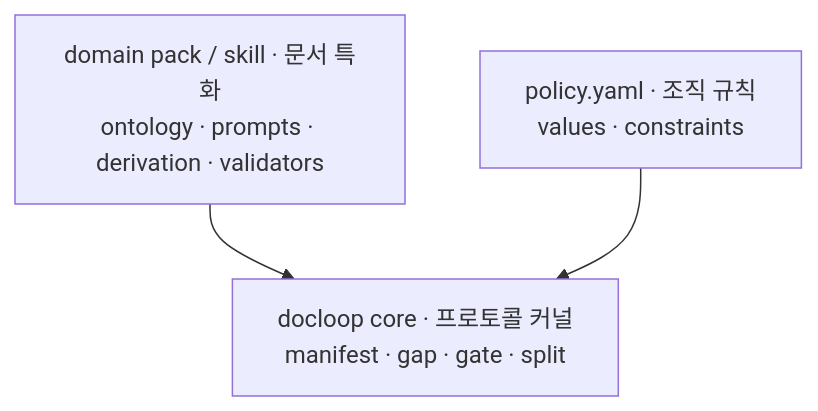
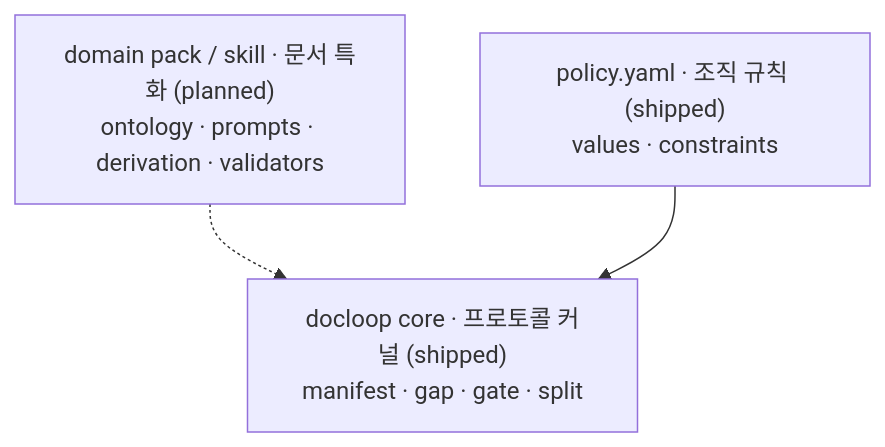
Before and after one commit to kaidomo/docloop: the diagram in README.md, drawn with Mermaid. The commit also changed other lines of this file, not shown here.

````diff
--- a/README.md
+++ b/README.md
@@ -138,8 +135,8 @@
 ```mermaid
 flowchart TB
-  dom["domain pack / skill · 문서 특화<br/>ontology · prompts · derivation · validators"]
-  pol["policy.yaml · 조직 규칙<br/>values · constraints"]
-  core["docloop core · 프로토콜 커널<br/>manifest · gap · gate · split"]
-  dom --> core
+  dom["domain pack / skill · 문서 특화 (planned)<br/>ontology · prompts · derivation · validators"]
+  pol["policy.yaml · 조직 규칙 (shipped)<br/>values · constraints"]
+  core["docloop core · 프로토콜 커널 (shipped)<br/>manifest · gap · gate · split"]
+  dom -.-> core
   pol --> core
 ```
````
